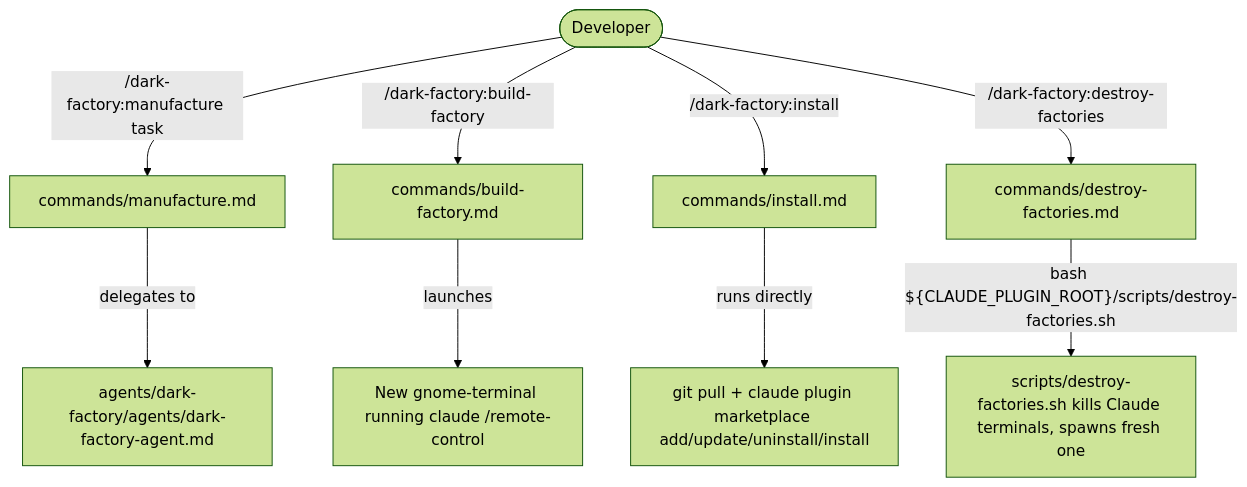
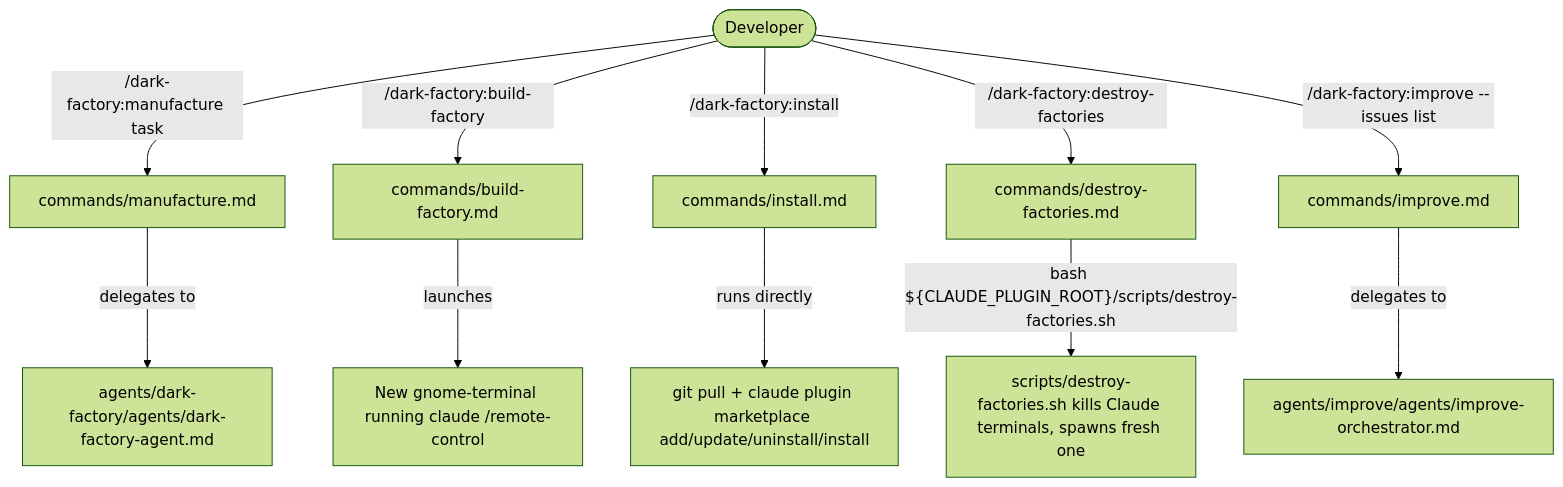
The diagram in docs/docs/commands.md (lewibs/dark-factory), drawn with Mermaid (forest theme) before and after one commit. The commit also changed other lines of this file and 8 other files, not shown here.

First line of the commit message:
feat(improve): add dark-factory:improve orchestrator command with supporting scripts and skills

````diff
--- a/docs/docs/commands.md
+++ b/docs/docs/commands.md
@@ -18,12 +18,14 @@
 ```mermaid
 flowchart TD
   Dev([Developer]) -->|/dark-factory:manufacture task| CMD_M[commands/manufacture.md]
   Dev -->|/dark-factory:build-factory| CMD_S[commands/build-factory.md]
   Dev -->|/dark-factory:install| CMD_I[commands/install.md]
   Dev -->|/dark-factory:destroy-factories| CMD_D[commands/destroy-factories.md]
+  Dev -->|/dark-factory:improve --issues list| CMD_IMP[commands/improve.md]
 
   CMD_M -->|delegates to| DFA[agents/dark-factory/agents/dark-factory-agent.md]
   CMD_S -->|launches| TERM[New gnome-terminal running claude /remote-control]
   CMD_I -->|runs directly| GIT[git pull + claude plugin marketplace add/update/uninstall/install]
   CMD_D -->|"bash ${CLAUDE_PLUGIN_ROOT}/scripts/destroy-factories.sh"| DS[scripts/destroy-factories.sh kills Claude terminals, spawns fresh one]
+  CMD_IMP -->|delegates to| ORCH[agents/improve/agents/improve-orchestrator.md]
 ```
````
